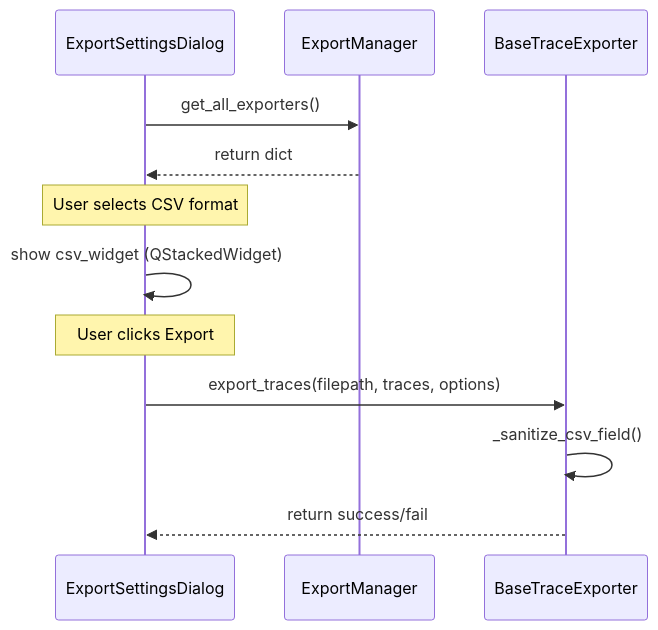
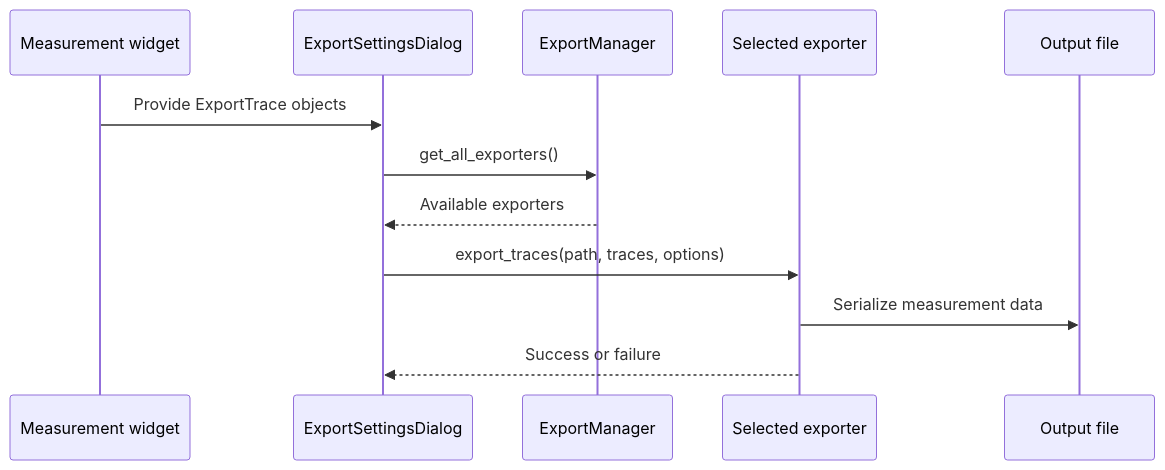
Before and after one commit to youtube-at-vach/MeasureLab: the diagram in .github/deepwiki/4.1-export-system.md, drawn with Mermaid. The commit also changed other lines of this file and 7 other files, not shown here.

````diff
--- a/.github/deepwiki/4.1-export-system.md
+++ b/.github/deepwiki/4.1-export-system.md
@@ -117,15 +18,15 @@
 ```mermaid
 sequenceDiagram
-    participant UI as ExportSettingsDialog
-    participant EM as ExportManager
-    participant BTE as BaseTraceExporter
+    participant W as Measurement widget
+    participant D as ExportSettingsDialog
+    participant M as ExportManager
+    participant E as Selected exporter
+    participant F as Output file
 
-    UI->>EM: get_all_exporters()
-    EM-->>UI: return dict
-    Note over UI: User selects CSV format
-    UI->>UI: show csv_widget (QStackedWidget)
-    Note over UI: User clicks Export
-    UI->>BTE: export_traces(filepath, traces, options)
-    BTE->>BTE: _sanitize_csv_field()
-    BTE-->>UI: return success/fail
+    W->>D: Provide ExportTrace objects
+    D->>M: get_all_exporters()
+    M-->>D: Available exporters
+    D->>E: export_traces(path, traces, options)
+    E->>F: Serialize measurement data
+    E-->>D: Success or failure
 ```
````
